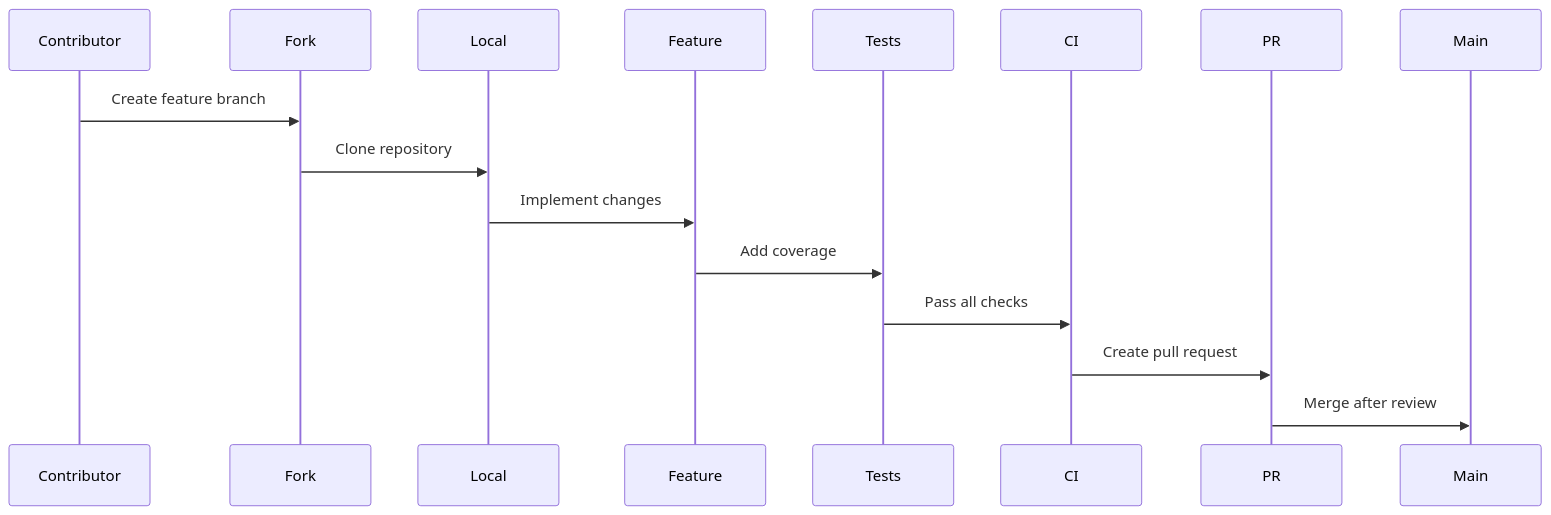
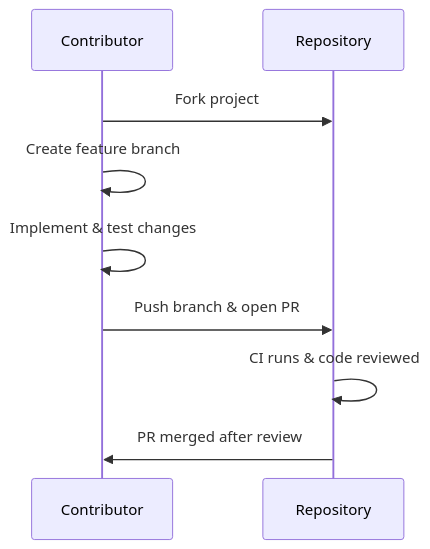
Before and after one commit to Ammar-Alnagar/Clike-Compiler: the second of 2 diagrams in README.md, drawn with Mermaid. The commit also changed other lines of this file, not shown here.

````diff
--- a/README.md
+++ b/README.md
@@ -79,10 +114,11 @@
 ```mermaid
 sequenceDiagram
-    Contributor->>Fork: Create feature branch
-    Fork->>Local: Clone repository
-    Local->>Feature: Implement changes
-    Feature->>Tests: Add coverage
-    Tests->>CI: Pass all checks
-    CI->>PR: Create pull request
-    PR->>Main: Merge after review
+    participant Dev as Contributor
+    participant Repo as Repository
+    Dev->>Repo: Fork project
+    Dev->>Dev: Create feature branch
+    Dev->>Dev: Implement & test changes
+    Dev->>Repo: Push branch & open PR
+    Repo->>Repo: CI runs & code reviewed
+    Repo->>Dev: PR merged after review
 ```
````
